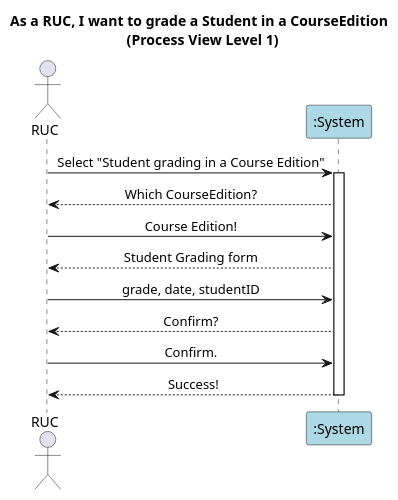
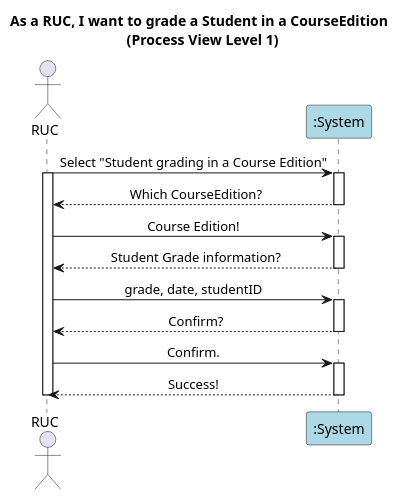
The diagram in docs/US22/REST_API/ProcessView/Level1.puml (GasparISEP/DevOps-PAI), drawn with PlantUML before and after one commit. The commit also changed 2 other files, not shown here.

Commit message:
Closes #642: Refactor of details in the US22 - Sprint 6 REST API - Process View diagrams and Class Diagram

```diff
--- a/docs/US22/REST_API/ProcessView/Level1.puml
+++ b/docs/US22/REST_API/ProcessView/Level1.puml
@@ -1,20 +1,28 @@
 @startuml
 actor RUC
 skinparam sequencemessagealign center
 
 title As a RUC, I want to grade a Student in a CourseEdition \n (Process View Level 1)
 
 participant ":System" as System #lightblue
 
-RUC -> System  : Select "Student grading in a Course Edition"
+RUC -> System : Select "Student grading in a Course Edition"
+activate RUC
 activate System
-System --> RUC  : Which CourseEdition?
+System --> RUC : Which CourseEdition?
+deactivate System
 RUC -> System : Course Edition!
-System --> RUC : Student Grading form
+activate System
+System --> RUC : Student Grade information?
+deactivate System
 RUC -> System : grade, date, studentID
+activate System
 System --> RUC : Confirm?
+deactivate System
 RUC -> System : Confirm.
+activate System
 System --> RUC : Success!
+deactivate RUC
 deactivate System
 
 @enduml
```
